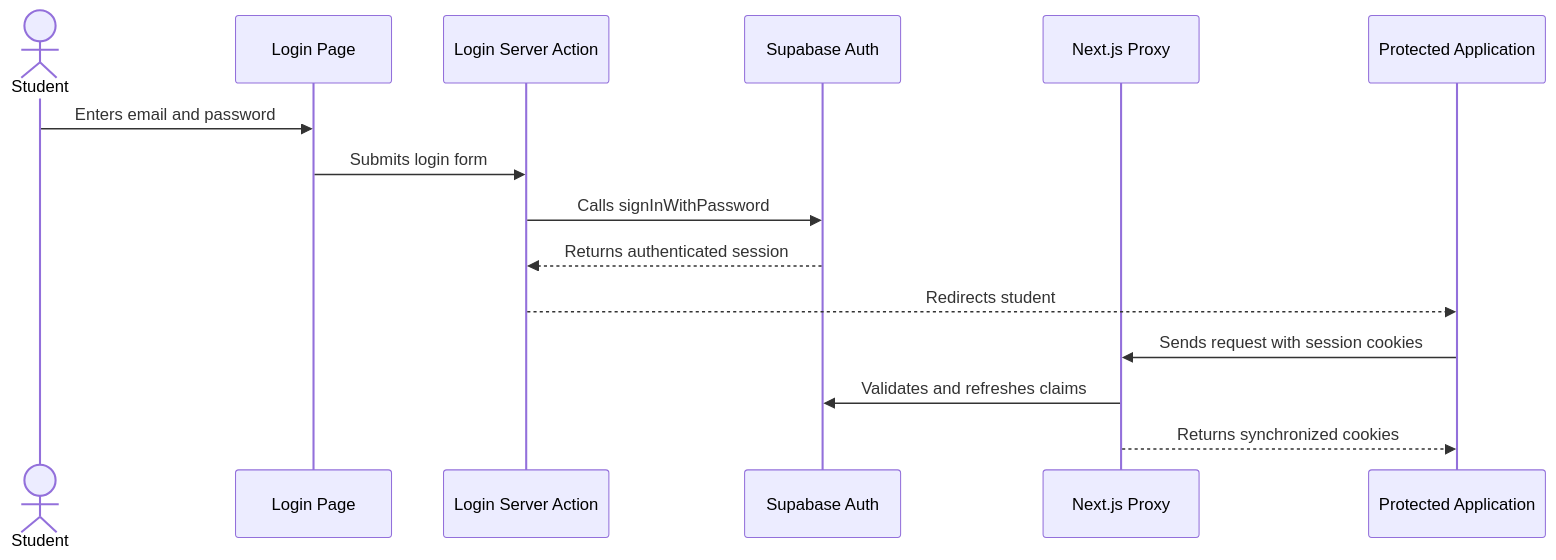
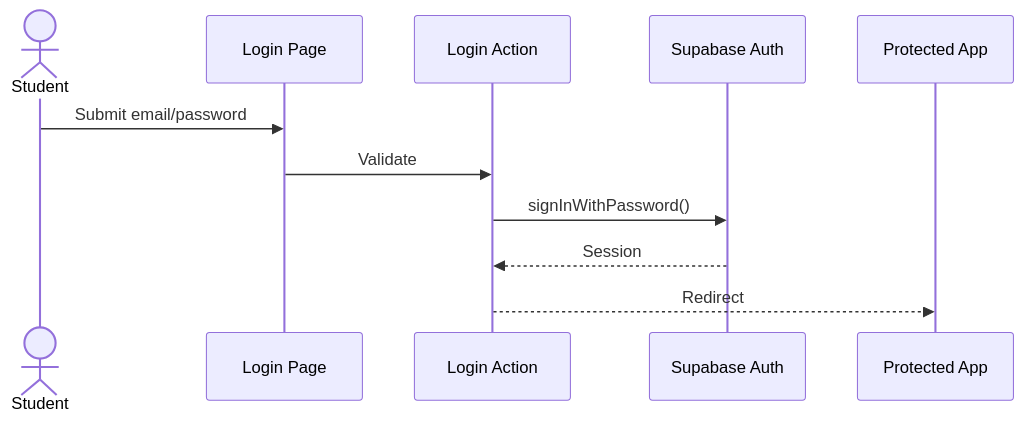
The third of 5 diagrams in docs/authentication.md (jianna-acc/stsp-capstone), drawn with Mermaid before and after one commit. The commit also changed other lines of this file and 67 other files, not shown here.

````diff
--- a/docs/authentication.md
+++ b/docs/authentication.md
@@ -108,18 +98,14 @@
 ```mermaid
 sequenceDiagram
     actor Student
     participant Login as Login Page
-    participant Action as Login Server Action
+    participant Action as Login Action
     participant Supabase as Supabase Auth
-    participant Proxy as Next.js Proxy
-    participant App as Protected Application
+    participant App as Protected App
 
-    Student->>Login: Enters email and password
-    Login->>Action: Submits login form
-    Action->>Supabase: Calls signInWithPassword
-    Supabase-->>Action: Returns authenticated session
-    Action-->>App: Redirects student
-    App->>Proxy: Sends request with session cookies
-    Proxy->>Supabase: Validates and refreshes claims
-    Proxy-->>App: Returns synchronized cookies
+    Student->>Login: Submit email/password
+    Login->>Action: Validate
+    Action->>Supabase: signInWithPassword()
+    Supabase-->>Action: Session
+    Action-->>App: Redirect
 ```
````
